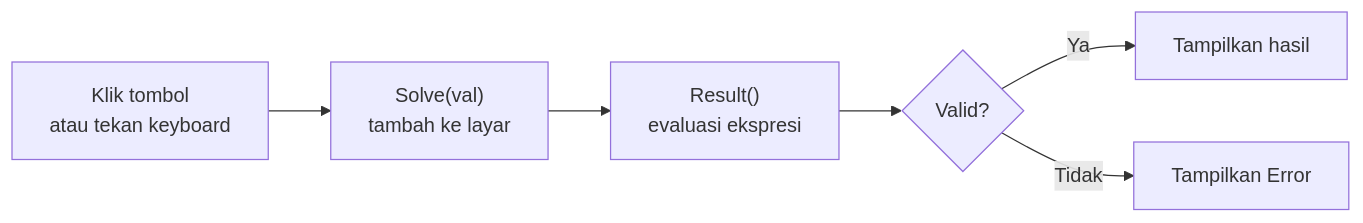
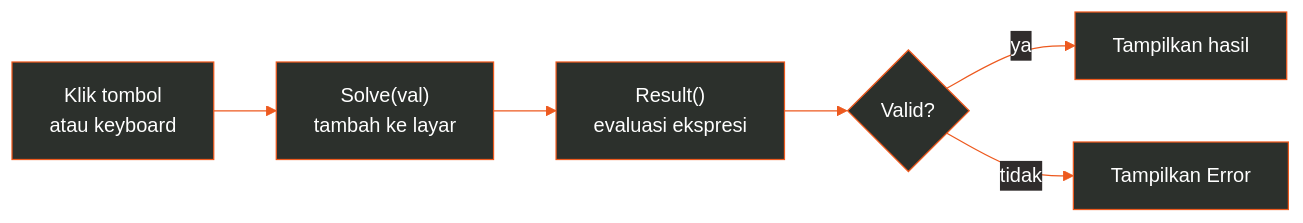
One commit to HaryMuktiRamdhani/Calculator changed the diagram in README.md. Above: the diagram before and after it, drawn with Mermaid. The commit also changed other lines of this file, not shown here.

````diff
--- a/README.md
+++ b/README.md
@@ -75,8 +76,9 @@
 ```mermaid
+%%{init: {'theme':'base','themeVariables':{'primaryColor':'#2c302c','primaryTextColor':'#ffffff','primaryBorderColor':'#ED591E','lineColor':'#ED591E','fontFamily':'monospace'}}}%%
 flowchart LR
-    A[Klik tombol<br/>atau tekan keyboard] --> B["Solve(val)<br/>tambah ke layar"]
+    A["Klik tombol<br/>atau keyboard"] --> B["Solve(val)<br/>tambah ke layar"]
     B --> C["Result()<br/>evaluasi ekspresi"]
-    C --> D{Valid?}
-    D -- Ya --> E[Tampilkan hasil]
-    D -- Tidak --> F[Tampilkan Error]
+    C --> D{"Valid?"}
+    D -- ya --> E["Tampilkan hasil"]
+    D -- tidak --> F["Tampilkan Error"]
 ```
````
